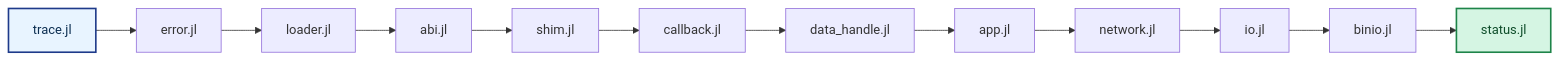
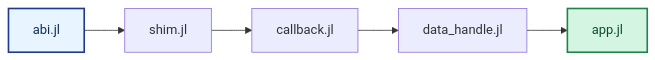
Before and after one commit to PassByYou888/LingoFuse: diagram 31 of 33 in julia/README.md, drawn with Mermaid. The commit also changed other lines of this file and 3 other files, not shown here.

````diff
--- a/julia/README.md
+++ b/julia/README.md
@@ -1017,17 +1111,10 @@
 ```mermaid
 flowchart LR
-    A["trace.jl"] --> B["error.jl"]
-    B --> C["loader.jl"]
-    C --> D["abi.jl"]
-    D --> E["shim.jl"]
+    D["abi.jl"] --> E["shim.jl"]
     E --> F["callback.jl"]
     F --> G["data_handle.jl"]
     G --> H["app.jl"]
-    H --> I["network.jl"]
-    I --> J["io.jl"]
-    J --> K["binio.jl"]
-    K --> L["status.jl"]
 
-    style A fill:#E8F4FF,stroke:#1E3A8A,stroke-width:2px,color:#0D2F52
-    style L fill:#D5F5E3,stroke:#1E8449,stroke-width:2px,color:#0E4D2A
+    style D fill:#E8F4FF,stroke:#1E3A8A,stroke-width:2px,color:#0D2F52
+    style H fill:#D5F5E3,stroke:#1E8449,stroke-width:2px,color:#0E4D2A
 ```
````
